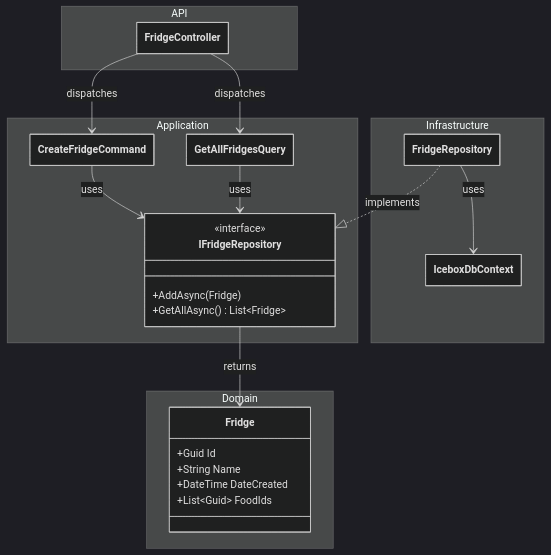
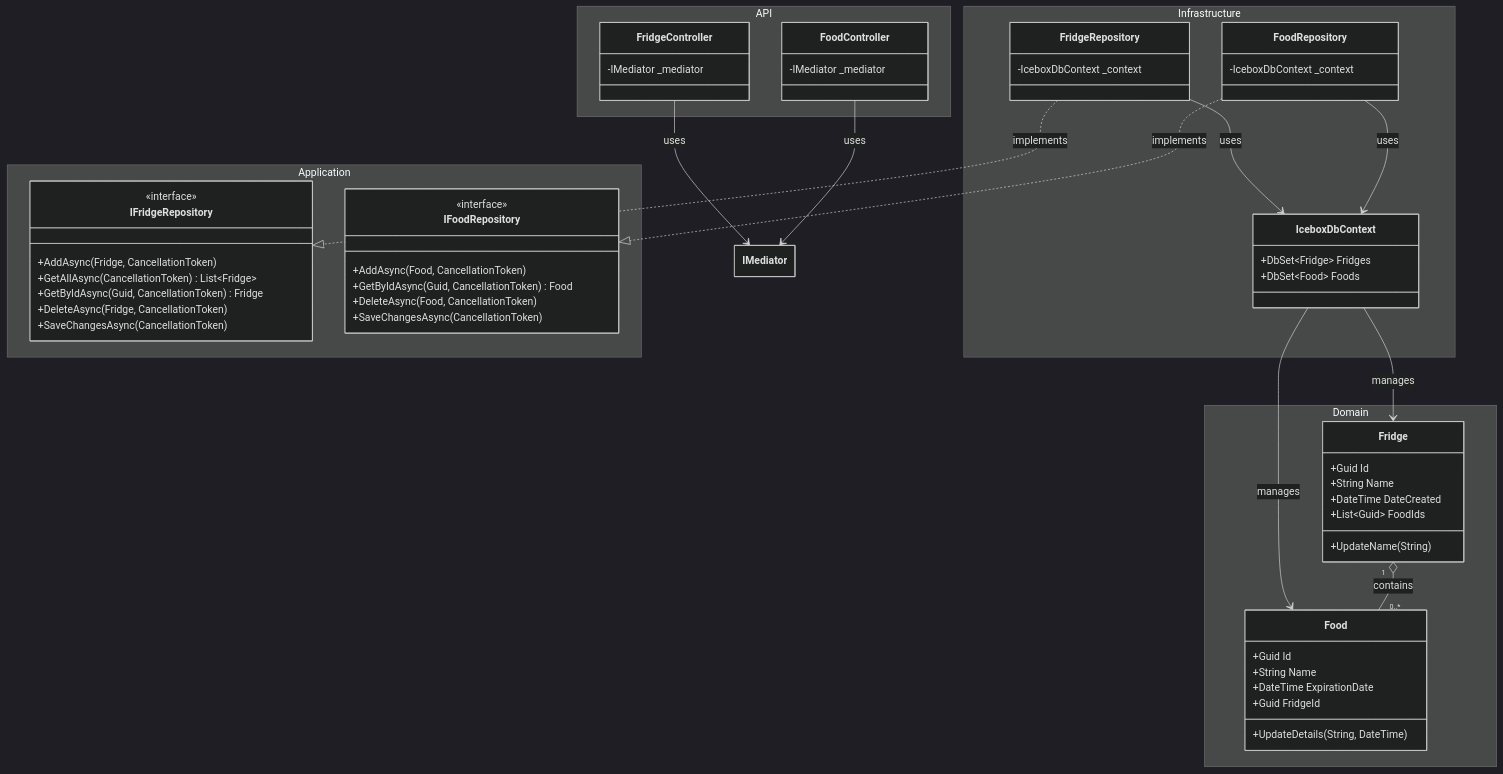
Before and after one commit to vojtech-git/icebox: the third of 4 diagrams in README.md, drawn with Mermaid (dark theme). The commit also changed other lines of this file, not shown here.

Commit message:
Add basic class diagrams to be updated

````diff
--- a/README.md
+++ b/README.md
@@ -112,36 +110,67 @@
 ```mermaid
 %%{init: {'class': {'hideEmptyMembersBox': true}}}%%
 classDiagram
     namespace Domain {
         class Fridge {
             +Guid Id
             +String Name
             +DateTime DateCreated
             +List~Guid~ FoodIds
+            +UpdateName(String)
+        }
+        class Food {
+            +Guid Id
+            +String Name
+            +DateTime ExpirationDate
+            +Guid FridgeId
+            +UpdateDetails(String, DateTime)
         }
     }
     namespace Application {
         class IFridgeRepository {
             <<interface>>
-            +AddAsync(Fridge)
-            +GetAllAsync() List~Fridge~
+            +AddAsync(Fridge, CancellationToken)
+            +GetAllAsync(CancellationToken) List~Fridge~
+            +GetByIdAsync(Guid, CancellationToken) Fridge
+            +DeleteAsync(Fridge, CancellationToken)
+            +SaveChangesAsync(CancellationToken)
         }
-        class CreateFridgeCommand
-        class GetAllFridgesQuery
+        class IFoodRepository {
+            <<interface>>
+            +AddAsync(Food, CancellationToken)
+            +GetByIdAsync(Guid, CancellationToken) Food
+            +DeleteAsync(Food, CancellationToken)
+            +SaveChangesAsync(CancellationToken)
+        }
     }
     namespace Infrastructure {
-        class IceboxDbContext
-        class FridgeRepository
+        class IceboxDbContext {
+            +DbSet~Fridge~ Fridges
+            +DbSet~Food~ Foods
+        }
+        class FridgeRepository {
+            -IceboxDbContext _context
+        }
+        class FoodRepository {
+            -IceboxDbContext _context
+        }
     }
     namespace API {
-        class FridgeController
+        class FridgeController {
+            -IMediator _mediator
+        }
+        class FoodController {
+            -IMediator _mediator
+        }
     }
 
-    FridgeController --> CreateFridgeCommand : dispatches
-    FridgeController --> GetAllFridgesQuery : dispatches
-    CreateFridgeCommand --> IFridgeRepository : uses
-    GetAllFridgesQuery --> IFridgeRepository : uses
+    FridgeController --> IMediator : uses
+    FoodController --> IMediator : uses
     FridgeRepository ..|> IFridgeRepository : implements
+    FoodRepository ..|> IFoodRepository : implements
     FridgeRepository --> IceboxDbContext : uses
-    IFridgeRepository --> Fridge : returns
+    FoodRepository --> IceboxDbContext : uses
+    IceboxDbContext --> Fridge : manages
+    IceboxDbContext --> Food : manages
+    Fridge "1" o-- "0..*" Food : contains
 ```
````
